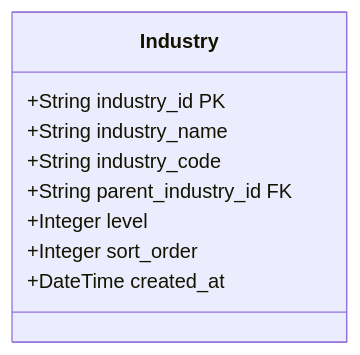
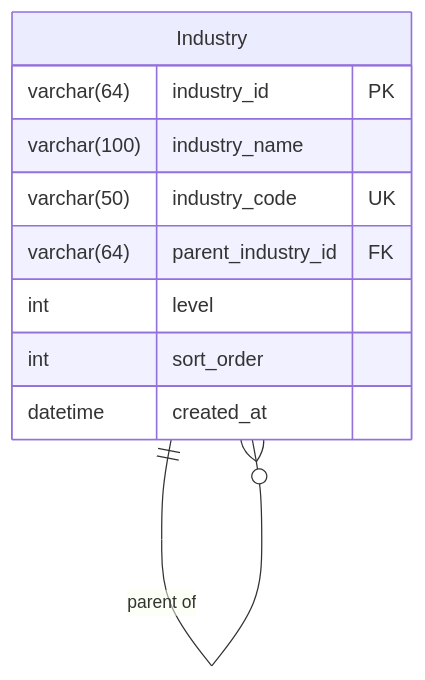
Diagram 14 of 26 in docs/b2b-cdp-entity-design.md (312268112/advanced-java), drawn with Mermaid before and after one commit. The commit also changed other lines of this file, not shown here.

````diff
--- a/docs/b2b-cdp-entity-design.md
+++ b/docs/b2b-cdp-entity-design.md
@@ -684,12 +785,14 @@
 ```mermaid
-classDiagram
-    class Industry {
-        +String industry_id PK
-        +String industry_name
-        +String industry_code
-        +String parent_industry_id FK
-        +Integer level
-        +Integer sort_order
-        +DateTime created_at
+erDiagram
+    Industry ||--o{ Industry : "parent of"
+    
+    Industry {
+        varchar(64) industry_id PK
+        varchar(100) industry_name
+        varchar(50) industry_code UK
+        varchar(64) parent_industry_id FK
+        int level
+        int sort_order
+        datetime created_at
     }
 ```
````
